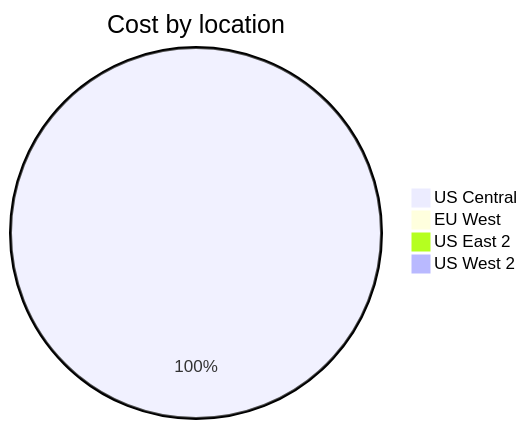
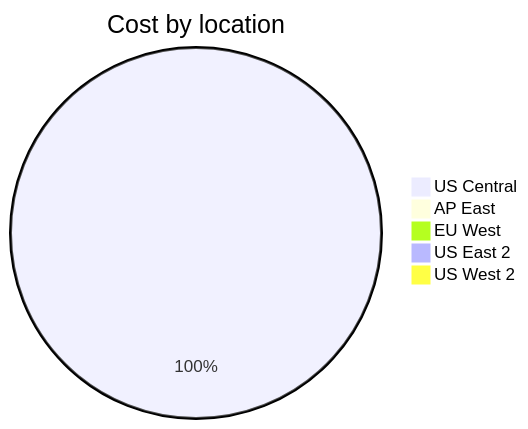
One commit to jpfulton/azure-personal-reports changed the third of 4 diagrams in cost-reports/personal-site/personal-site-preview.md. Above: the diagram before and after it, drawn with Mermaid. The commit also changed other lines of this file and 6 other files, not shown here.

````diff
--- a/cost-reports/personal-site/personal-site-preview.md
+++ b/cost-reports/personal-site/personal-site-preview.md
@@ -106,8 +107,9 @@
 ```mermaid
 pie
    title Cost by location
-   "US Central" : 3.82
+   "US Central" : 4.12
+   "AP East" : 0.00
    "EU West" : 0.00
    "US East 2" : 0.00
    "US West 2" : 0.00
 ```
````
